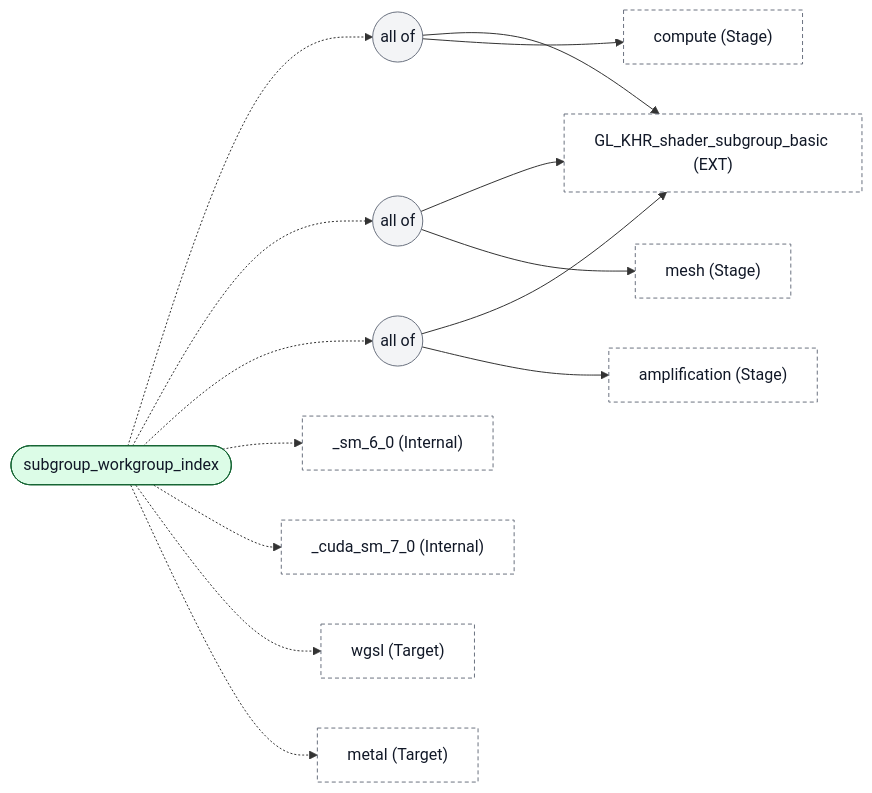
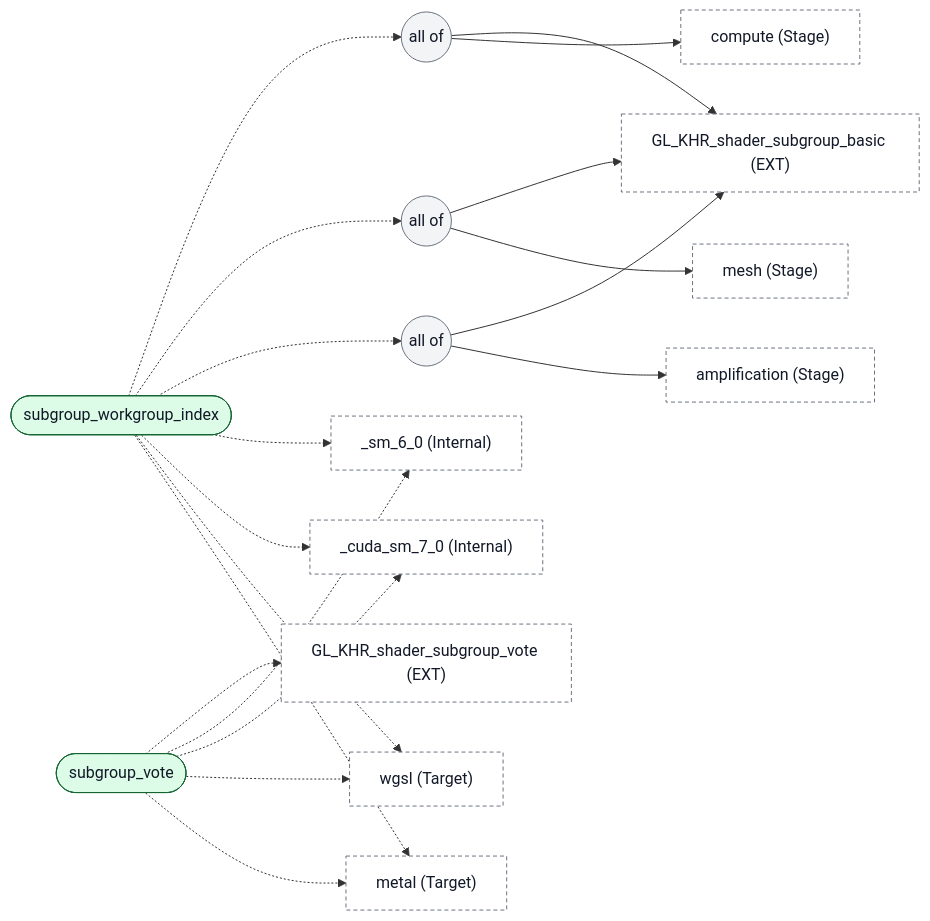
One commit to shader-slang/slang changed diagram 26 of 31 in docs/slang-capability-dependency.md. Above: the diagram before and after it, drawn with Mermaid. The commit also changed other lines of this file and 5 other files, not shown here.

````diff
--- a/docs/slang-capability-dependency.md
+++ b/docs/slang-capability-dependency.md
@@ -2592,33 +2623,40 @@
 ```mermaid
 flowchart LR
+    n_subgroup_vote(["subgroup_vote"]):::alias
     n_subgroup_workgroup_index(["subgroup_workgroup_index"]):::alias
     c_subgroup_workgroup_index_0(("all of")):::helper
     c_subgroup_workgroup_index_1(("all of")):::helper
     c_subgroup_workgroup_index_2(("all of")):::helper
+    n_GL_KHR_shader_subgroup_vote["GL_KHR_shader_subgroup_vote (EXT)"]:::external
+    n__sm_6_0["_sm_6_0 (Internal)"]:::external
+    n__cuda_sm_7_0["_cuda_sm_7_0 (Internal)"]:::external
+    n_wgsl["wgsl (Target)"]:::external
+    n_metal["metal (Target)"]:::external
     n_GL_KHR_shader_subgroup_basic["GL_KHR_shader_subgroup_basic (EXT)"]:::external
     n_compute["compute (Stage)"]:::external
     n_mesh["mesh (Stage)"]:::external
     n_amplification["amplification (Stage)"]:::external
-    n__sm_6_0["_sm_6_0 (Internal)"]:::external
-    n__cuda_sm_7_0["_cuda_sm_7_0 (Internal)"]:::external
-    n_wgsl["wgsl (Target)"]:::external
-    n_metal["metal (Target)"]:::external
+    n_subgroup_vote -.-> n_GL_KHR_shader_subgroup_vote
+    n_subgroup_vote -.-> n__sm_6_0
+    n_subgroup_vote -.-> n__cuda_sm_7_0
+    n_subgroup_vote -.-> n_wgsl
+    n_subgroup_vote -.-> n_metal
     n_subgroup_workgroup_index -.-> c_subgroup_workgroup_index_0
     c_subgroup_workgroup_index_0 --> n_GL_KHR_shader_subgroup_basic
     c_subgroup_workgroup_index_0 --> n_compute
     n_subgroup_workgroup_index -.-> c_subgroup_workgroup_index_1
     c_subgroup_workgroup_index_1 --> n_GL_KHR_shader_subgroup_basic
     c_subgroup_workgroup_index_1 --> n_mesh
     n_subgroup_workgroup_index -.-> c_subgroup_workgroup_index_2
     c_subgroup_workgroup_index_2 --> n_GL_KHR_shader_subgroup_basic
     c_subgroup_workgroup_index_2 --> n_amplification
     n_subgroup_workgroup_index -.-> n__sm_6_0
     n_subgroup_workgroup_index -.-> n__cuda_sm_7_0
     n_subgroup_workgroup_index -.-> n_wgsl
     n_subgroup_workgroup_index -.-> n_metal
     classDef def fill:#dbeafe,stroke:#1e40af,color:#111827
     classDef alias fill:#dcfce7,stroke:#166534,color:#111827
     classDef abstract fill:#fef9c3,stroke:#854d0e,color:#111827
     classDef helper fill:#f3f4f6,stroke:#6b7280,color:#111827
     classDef external fill:#ffffff,stroke:#6b7280,stroke-dasharray:4 3,color:#111827
 ```
````
